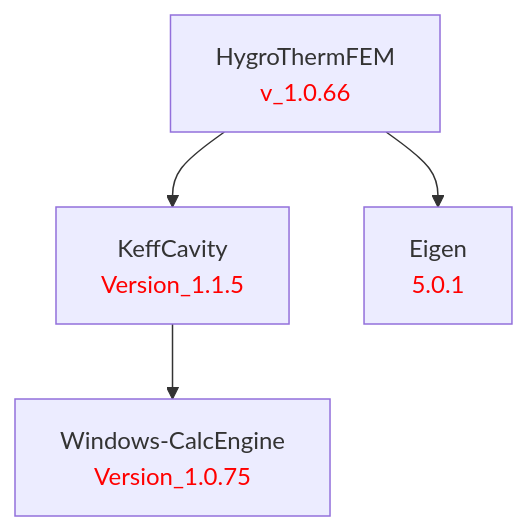
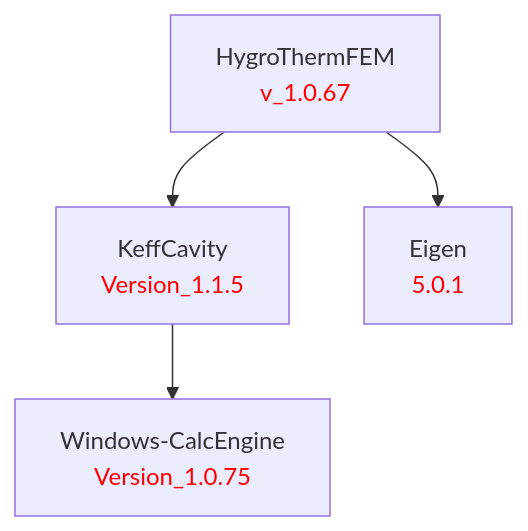
The diagram in doc/HygroThermFEM.md (LBNL-ETA/HygroThermFEM), drawn with Mermaid before and after one commit. The commit also changed 1 other file, not shown here.

Commit message:
Bump version to v_1.0.67

````diff
--- a/doc/HygroThermFEM.md
+++ b/doc/HygroThermFEM.md
@@ -1,13 +1,13 @@
 ```mermaid
 graph TD
     %% Package definitions
-    HygroThermFEM[HygroThermFEM<br/><font color='red'>v_1.0.66</font>]
+    HygroThermFEM[HygroThermFEM<br/><font color='red'>v_1.0.67</font>]
     KeffCavity[KeffCavity<br/><font color='red'>Version_1.1.5</font>]
     Eigen[Eigen<br/><font color='red'>5.0.1</font>]
     WindowsCalcEngine[Windows-CalcEngine<br/><font color='red'>Version_1.0.75</font>]
 
     %% Package relations
     HygroThermFEM --> KeffCavity
     HygroThermFEM --> Eigen
     KeffCavity --> WindowsCalcEngine
 ```
````
